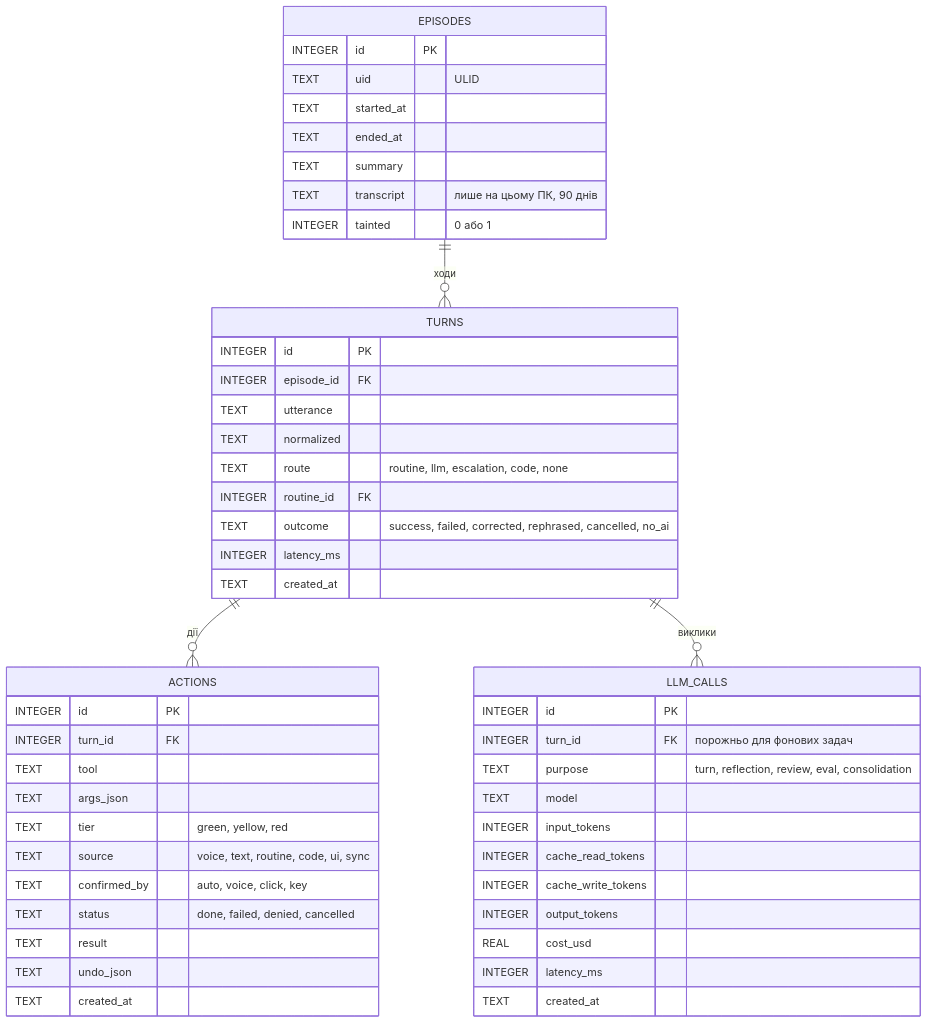
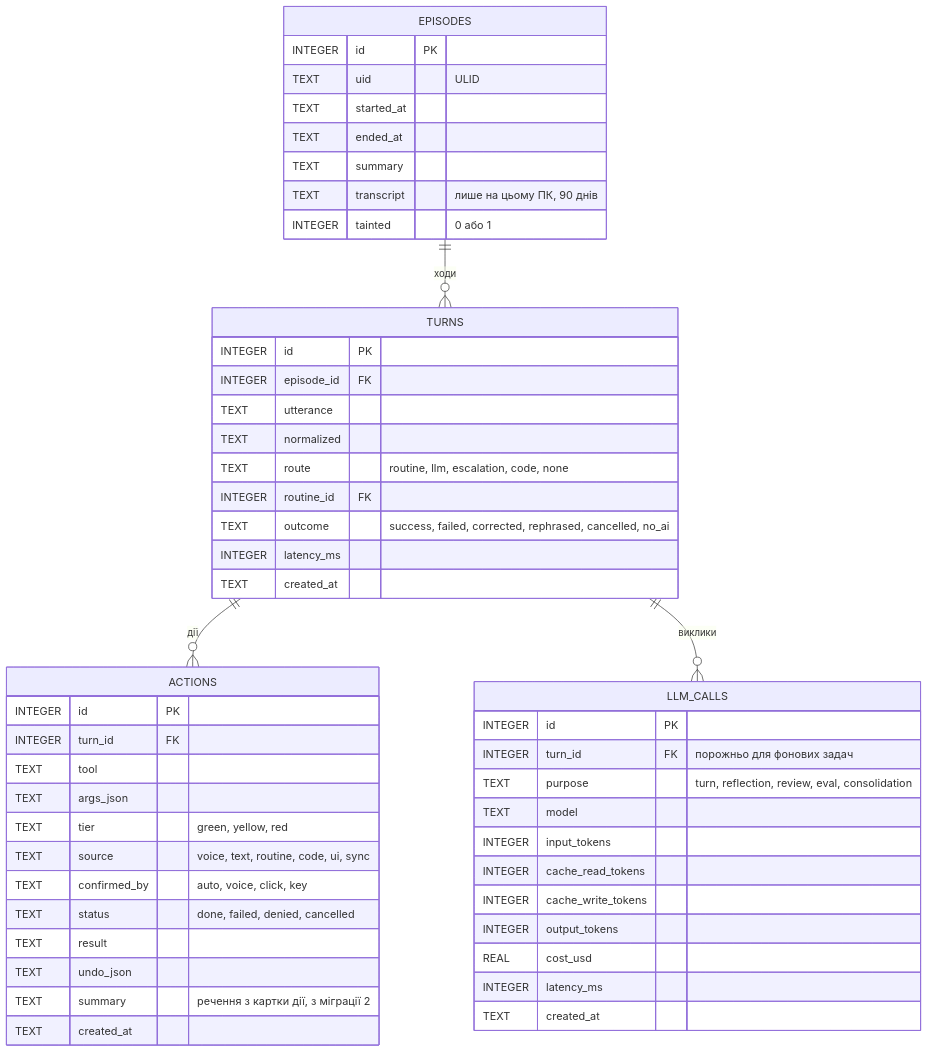
The second of 6 diagrams in .claude/logic/04-memory.md (if251189kmo/banshee), drawn with Mermaid before and after one commit. The commit also changed other lines of this file and 55 other files, not shown here.

````diff
--- a/.claude/logic/04-memory.md
+++ b/.claude/logic/04-memory.md
@@ -98,52 +99,53 @@
 ```mermaid
 erDiagram
   EPISODES ||--o{ TURNS : "ходи"
   TURNS ||--o{ ACTIONS : "дії"
   TURNS ||--o{ LLM_CALLS : "виклики"
   EPISODES {
     INTEGER id PK
     TEXT uid "ULID"
     TEXT started_at
     TEXT ended_at
     TEXT summary
     TEXT transcript "лише на цьому ПК, 90 днів"
     INTEGER tainted "0 або 1"
   }
   TURNS {
     INTEGER id PK
     INTEGER episode_id FK
     TEXT utterance
     TEXT normalized
     TEXT route "routine, llm, escalation, code, none"
     INTEGER routine_id FK
     TEXT outcome "success, failed, corrected, rephrased, cancelled, no_ai"
     INTEGER latency_ms
     TEXT created_at
   }
   ACTIONS {
     INTEGER id PK
     INTEGER turn_id FK
     TEXT tool
     TEXT args_json
     TEXT tier "green, yellow, red"
     TEXT source "voice, text, routine, code, ui, sync"
     TEXT confirmed_by "auto, voice, click, key"
     TEXT status "done, failed, denied, cancelled"
     TEXT result
     TEXT undo_json
+    TEXT summary "речення з картки дії, з міграції 2"
     TEXT created_at
   }
   LLM_CALLS {
     INTEGER id PK
     INTEGER turn_id FK "порожньо для фонових задач"
     TEXT purpose "turn, reflection, review, eval, consolidation"
     TEXT model
     INTEGER input_tokens
     INTEGER cache_read_tokens
     INTEGER cache_write_tokens
     INTEGER output_tokens
     REAL cost_usd
     INTEGER latency_ms
     TEXT created_at
   }
 ```
````
